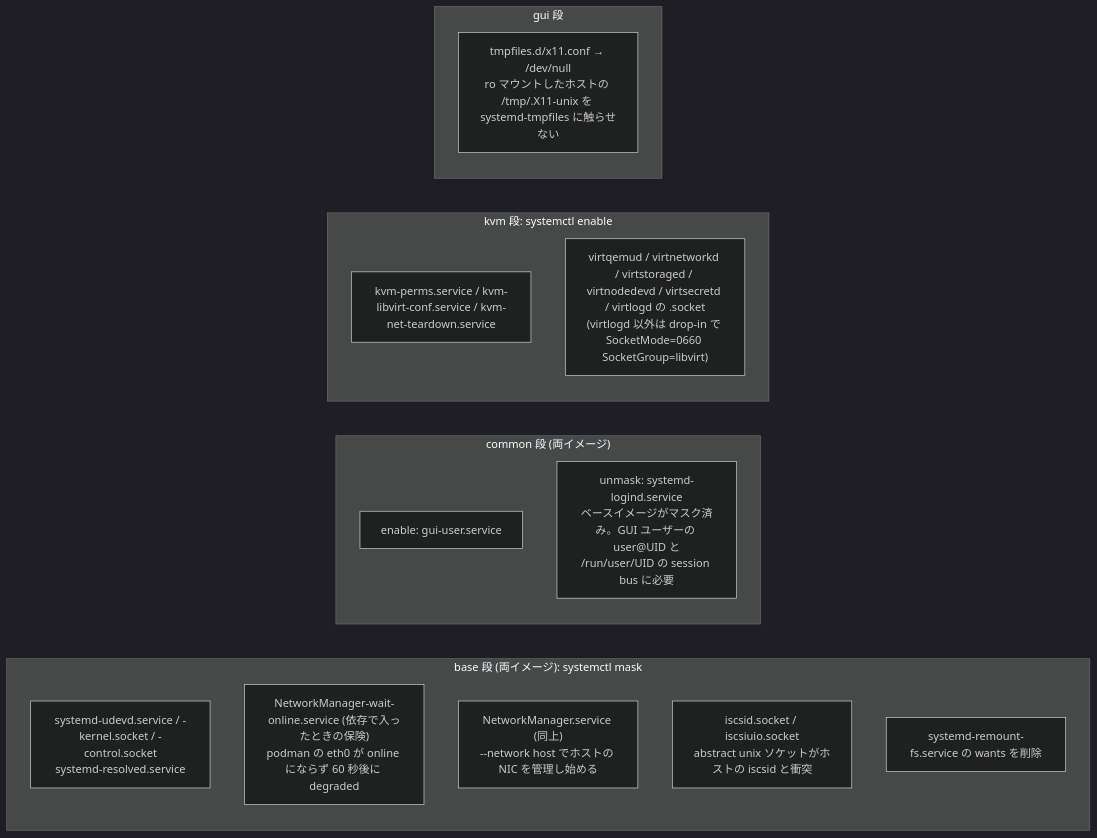
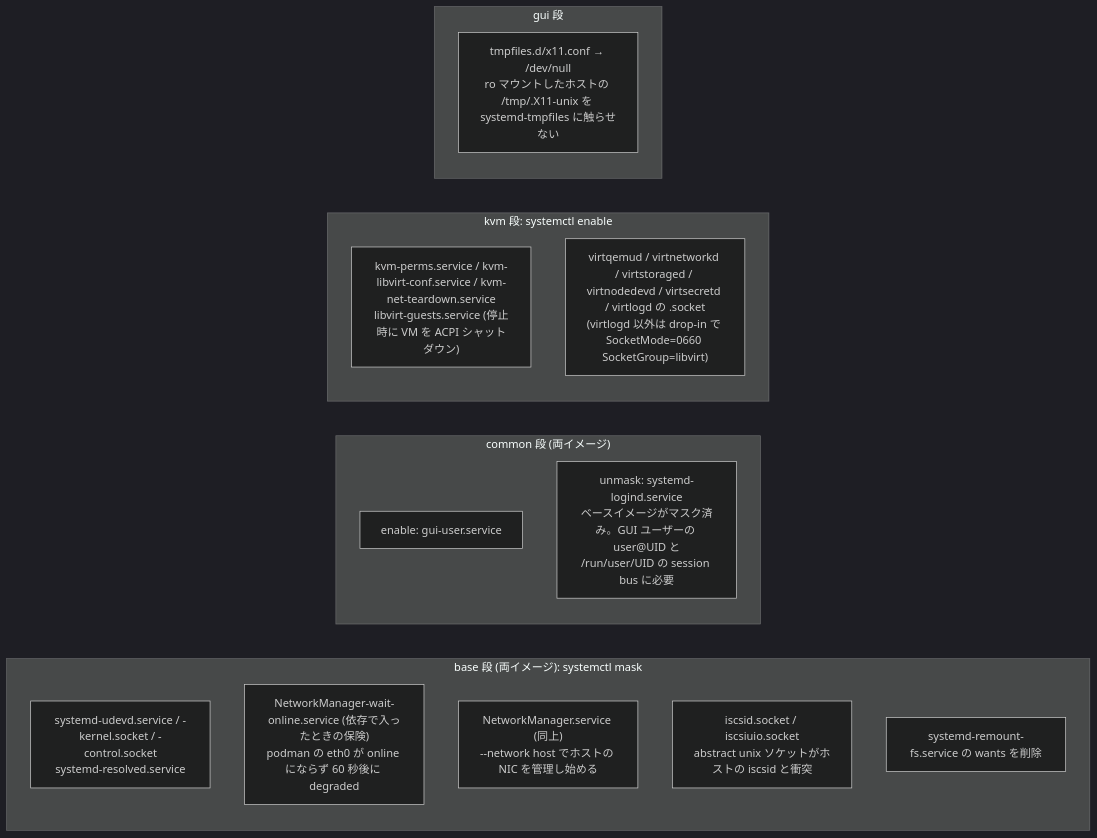
One commit to ryo-aoki-pc/kvm-container changed the sixth of 22 diagrams in docs/SPEC.md. Above: the diagram before and after it, drawn with Mermaid (dark theme). The commit also changed other lines of this file and 6 other files, not shown here.

````diff
--- a/docs/SPEC.md
+++ b/docs/SPEC.md
@@ -336,21 +337,21 @@
 ```mermaid
 flowchart LR
   subgraph base ["base 段 (両イメージ): systemctl mask"]
     m1["systemd-udevd.service / -kernel.socket / -control.socket<br/>systemd-resolved.service"]
     m2["NetworkManager-wait-online.service (依存で入ったときの保険)<br/>podman の eth0 が online にならず 60 秒後に degraded"]
     m3["NetworkManager.service (同上)<br/>--network host でホストの NIC を管理し始める"]
     m4["iscsid.socket / iscsiuio.socket<br/>abstract unix ソケットがホストの iscsid と衝突"]
     m5["systemd-remount-fs.service の wants を削除"]
   end
   subgraph common ["common 段 (両イメージ)"]
     e0["enable: gui-user.service"]
     u1["unmask: systemd-logind.service<br/>ベースイメージがマスク済み。GUI ユーザーの user@UID と<br/>/run/user/UID の session bus に必要"]
   end
   subgraph kvm ["kvm 段: systemctl enable"]
-    e1["kvm-perms.service / kvm-libvirt-conf.service / kvm-net-teardown.service"]
+    e1["kvm-perms.service / kvm-libvirt-conf.service / kvm-net-teardown.service<br/>libvirt-guests.service (停止時に VM を ACPI シャットダウン)"]
     e2["virtqemud / virtnetworkd / virtstoraged / virtnodedevd / virtsecretd / virtlogd の .socket<br/>(virtlogd 以外は drop-in で SocketMode=0660 SocketGroup=libvirt)"]
   end
   subgraph gui ["gui 段"]
     x1["tmpfiles.d/x11.conf → /dev/null<br/>ro マウントしたホストの /tmp/.X11-unix を systemd-tmpfiles に触らせない"]
   end
 ```
````
